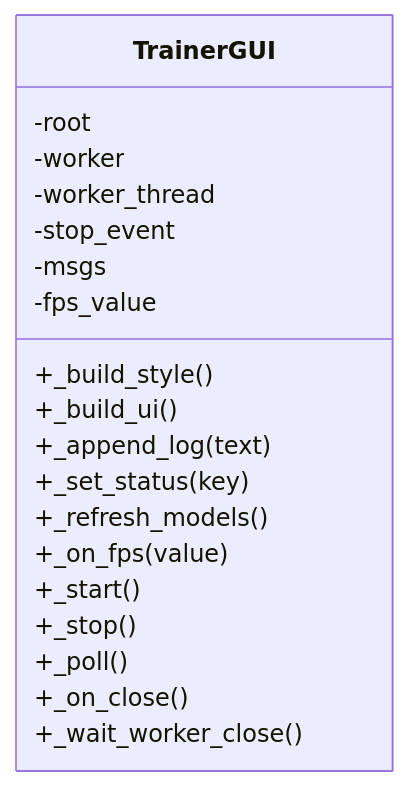
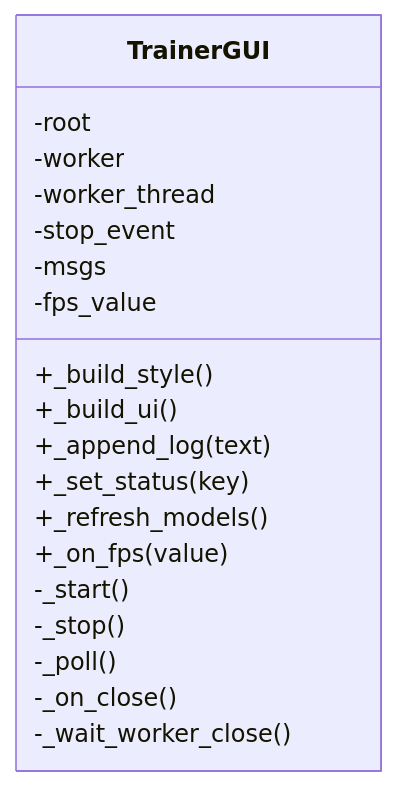
Before and after one commit to fuweiq94-cloud/3399180760000: the third of 6 diagrams in .qoder/repowiki/zh/content/演示和测试/图形用户界面.md, drawn with Mermaid. The commit also changed other lines of this file and 75 other files, not shown here.

````diff
--- a/.qoder/repowiki/zh/content/演示和测试/图形用户界面.md
+++ b/.qoder/repowiki/zh/content/演示和测试/图形用户界面.md
@@ -140,22 +151,22 @@
 ```mermaid
 classDiagram
 class TrainerGUI {
 -root
 -worker
 -worker_thread
 -stop_event
 -msgs
 -fps_value
 +_build_style()
 +_build_ui()
 +_append_log(text)
 +_set_status(key)
 +_refresh_models()
 +_on_fps(value)
-+_start()
-+_stop()
-+_poll()
-+_on_close()
-+_wait_worker_close()
+-_start()
+-_stop()
+-_poll()
+-_on_close()
+-_wait_worker_close()
 }
 ```
````
